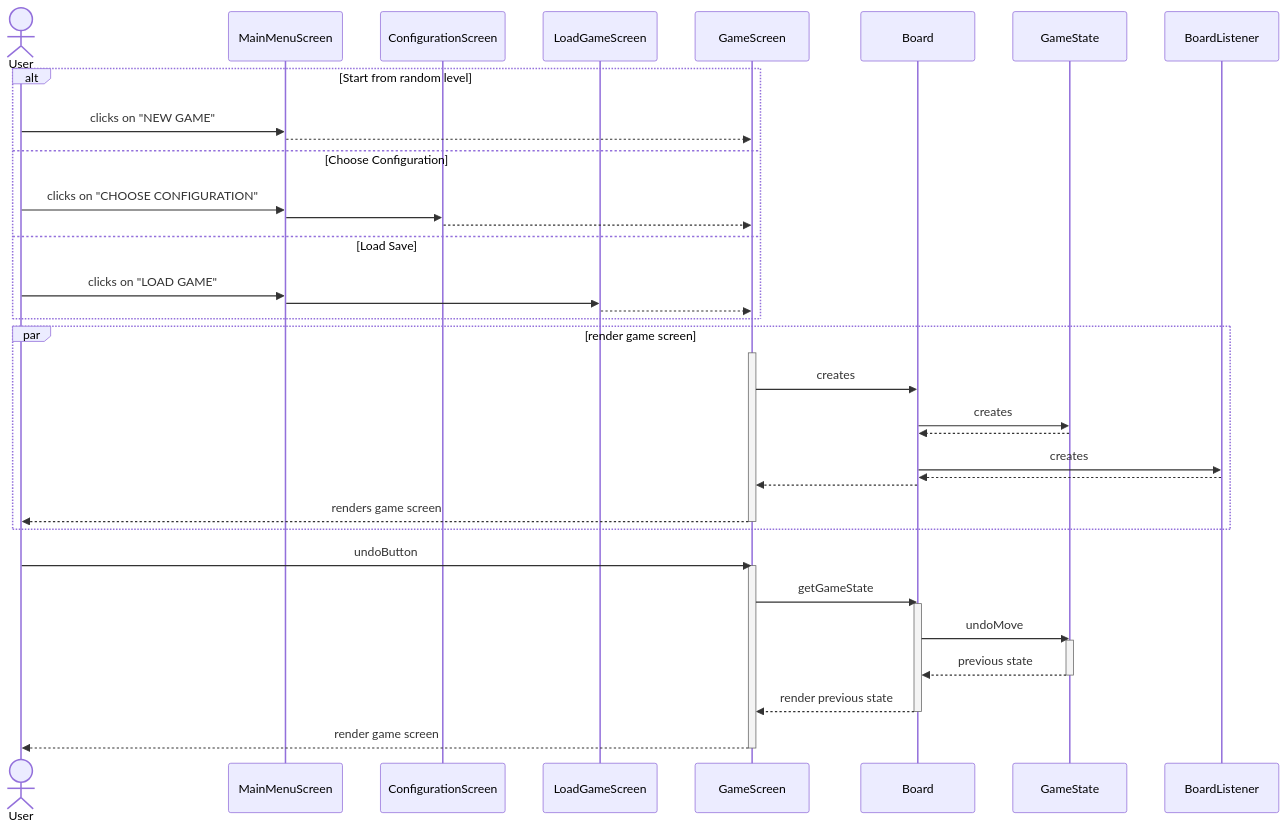
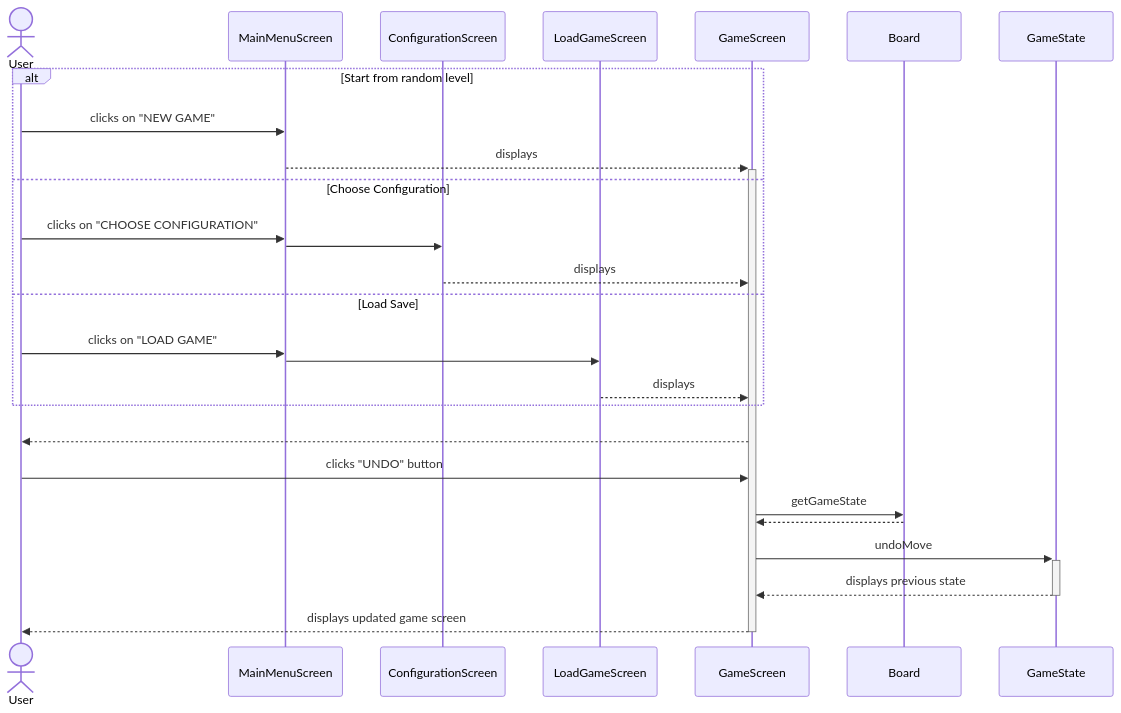
Diagram 12 of 14 in docs/sequence_diagram/index.md (BIRSAx2/klotski), drawn with Mermaid before and after one commit. The commit also changed other lines of this file, not shown here.

Commit message:
Finished diagrams

````diff
--- a/docs/sequence_diagram/index.md
+++ b/docs/sequence_diagram/index.md
@@ -467,51 +470,35 @@
 ```mermaid
 sequenceDiagram
     actor User
     participant MainMenuScreen
     participant ConfigurationScreen
     participant LoadGameScreen
     participant GameScreen
     participant Board
     participant GameState
 
 
     alt Start from random level 
         User ->> MainMenuScreen: clicks on "NEW GAME"
-        MainMenuScreen -->> GameScreen: 
+        MainMenuScreen -->>+ GameScreen: displays
     else Choose Configuration
         User ->> MainMenuScreen: clicks on "CHOOSE CONFIGURATION"
         MainMenuScreen ->> ConfigurationScreen: 
-        ConfigurationScreen -->> GameScreen: 
+        ConfigurationScreen -->> GameScreen: displays
     else Load Save
         User ->> MainMenuScreen: clicks on "LOAD GAME"
         MainMenuScreen ->> LoadGameScreen: 
-        LoadGameScreen -->> GameScreen: 
-    end
-
-    par render game screen
-        activate GameScreen
-        GameScreen ->> Board: creates
-        Board ->> GameState: creates
-        GameState -->> Board: 
-        Board ->> BoardListener: creates
-        BoardListener -->> Board: 
-        Board -->> GameScreen: 
-        GameScreen -->> User: renders game screen
-        deactivate GameScreen
+        LoadGameScreen -->> GameScreen: displays
     end
     
+    GameScreen -->> User : #32;
     
-    User ->> GameScreen : undoButton
-    activate GameScreen
+    User ->> GameScreen : clicks "UNDO" button
     GameScreen ->> Board : getGameState
-    activate Board
-    Board ->> GameState : undoMove
-    activate GameState
-    GameState -->> Board : previous state
-    deactivate GameState
-    Board -->> GameScreen : render previous state
-    deactivate Board
-    GameScreen -->> User : render game screen
+    Board -->> GameScreen : 
+    GameScreen ->>+ GameState : undoMove
+    GameState -->>- GameScreen : displays previous state
+    GameScreen -->> User : displays updated game screen
     deactivate GameScreen
     
 ```
````
